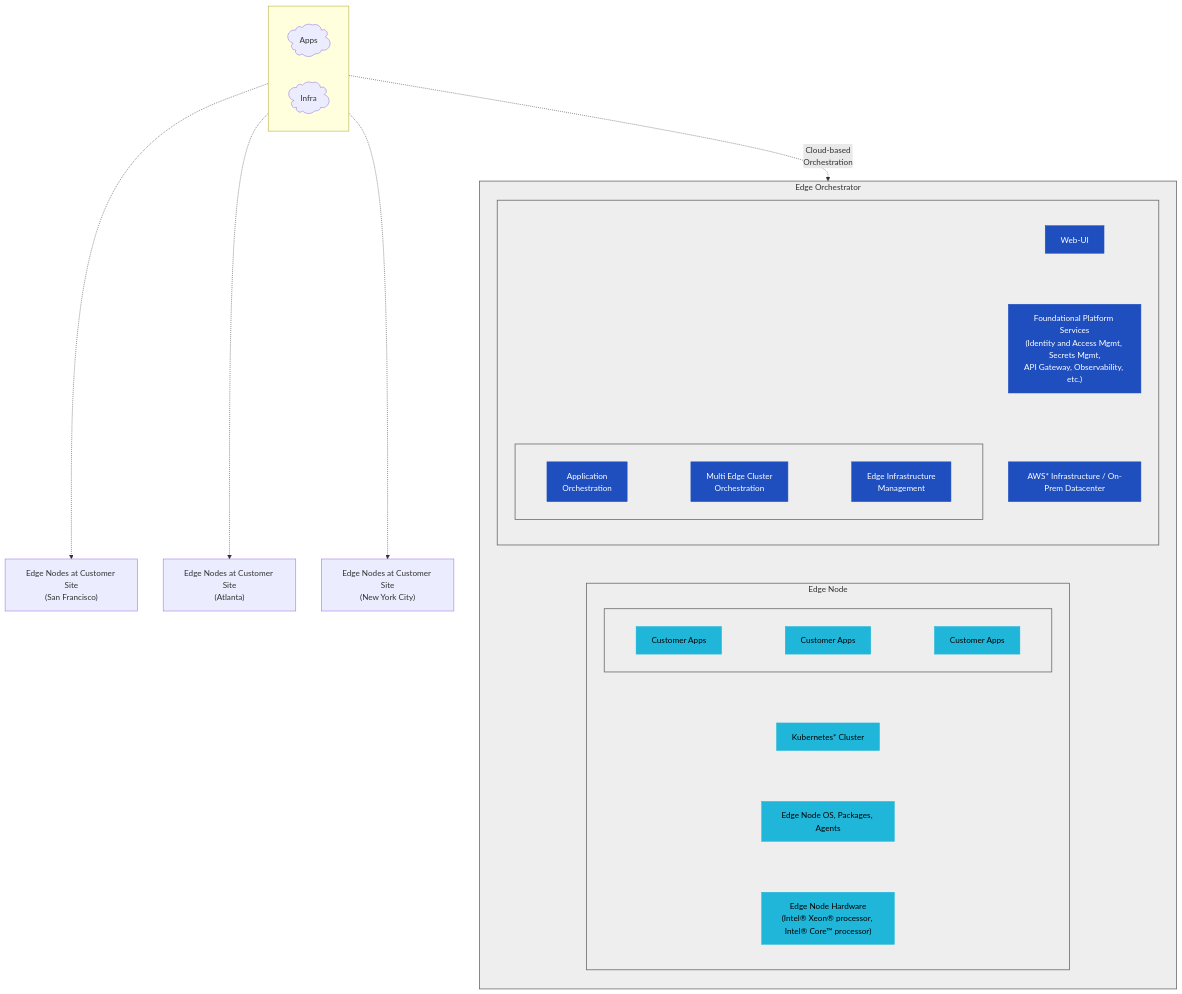
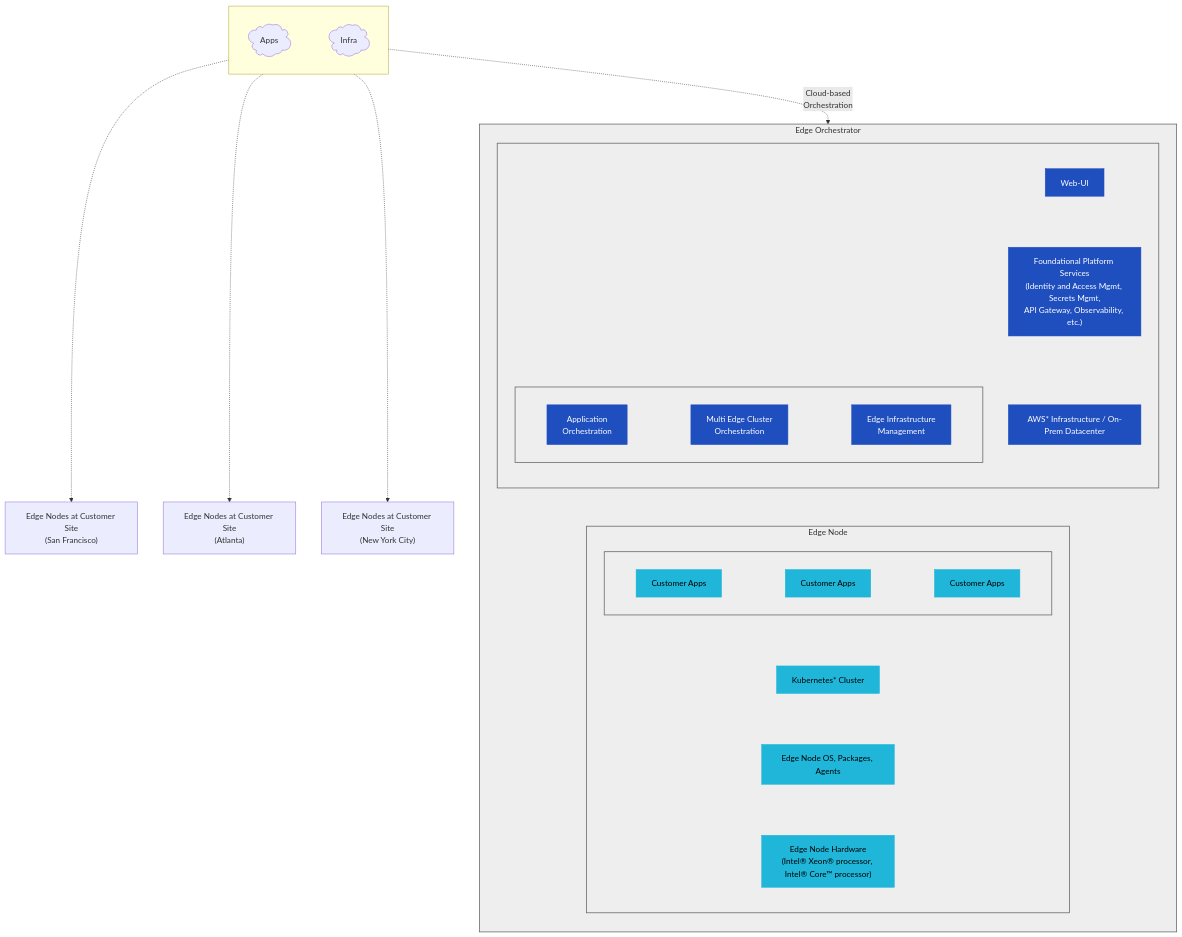
One commit to open-edge-platform/edge-manageability-framework changed the third of 3 diagrams in John.md. Above: the diagram before and after it, drawn with Mermaid.

````diff
--- a/John.md
+++ b/John.md
@@ -17,77 +17,77 @@
 ```mermaid
 flowchart TD
 
     %% LEFT: Cloud
     subgraph Cloud[" "]
     direction LR
-    APPS@{ shape: cloud, label: "Apps"  }
+    APPS@{ shape: cloud, label: "Apps"  } ~~~
     Infra@{ shape: cloud, label: "Infra"  }
     end
 
     %% EDGE SITES
     SF["Edge Nodes at Customer Site<br>(San Francisco)"]
     ATL["Edge Nodes at Customer Site<br>(Atlanta)"]
     NYC["Edge Nodes at Customer Site<br>(New York City)"]
 
     Cloud -.-> SF
     Cloud -.-> ATL
     Cloud -.-> NYC
 
     %% RIGHT SIDE
     subgraph EO["Edge Orchestrator"]
         direction TB
         subgraph Orch[" "]
         direction TB
         WebUI[Web-UI]
 
         subgraph OrchestrationLayer[" "]
             direction LR
             AppOrch["Application<br>Orchestration"] ~~~
             ClusterOrch["Multi Edge Cluster<br>Orchestration"] ~~~
             InfraMgmt["Edge Infrastructure<br>Management"] 
         end
 
         Platform["Foundational Platform Services<br/>(Identity and Access Mgmt, Secrets Mgmt,<br/>API Gateway, Observability, etc.)"]
 
         AWS[AWS* Infrastructure / On-Prem Datacenter]
 end
         %% EDGE NODE
 
         subgraph EdgeNode["Edge Node"]
             direction TB
             subgraph AppsRow[" "]
                 direction LR
                 CA1[Customer Apps] ~~~
                 CA2[Customer Apps] ~~~
                 CA3[Customer Apps]
             end
 
             K8s[Kubernetes* Cluster]
             OS[Edge Node OS, Packages, Agents]
             HW["Edge Node Hardware<br/>(Intel® Xeon® processor, Intel® Core™ processor)"]
 
             %% Invisible ordering inside Edge Node
             AppsRow ~~~ K8s
             K8s ~~~ OS
             OS ~~~ HW
         end
         %% Invisible ordering inside EO
         WebUI ~~~ Orch
         Orch ~~~ Platform
         Platform ~~~ AWS
         AWS ~~~ EdgeNode
     end
 
 
     Cloud -.-> |"Cloud-based<br>Orchestration"|EO
 
 
     %% Styling
     classDef grey fill:#eeeeee,stroke:#666,stroke-width:1.5px
     classDef blue fill:#1f4fbf,color:#fff,stroke:#1f4fbf;
     classDef lightblue fill:#1fb6d9,color:#000,stroke:#1fb6d9;
 
     class EO,EdgeNode,AppsRow,Orch,OrchestrationLayer grey;
     class WebUI,AppOrch,ClusterOrch,InfraMgmt,Platform,AWS blue;
     class CA1,CA2,CA3,K8s,OS,HW lightblue;
 ```
````
